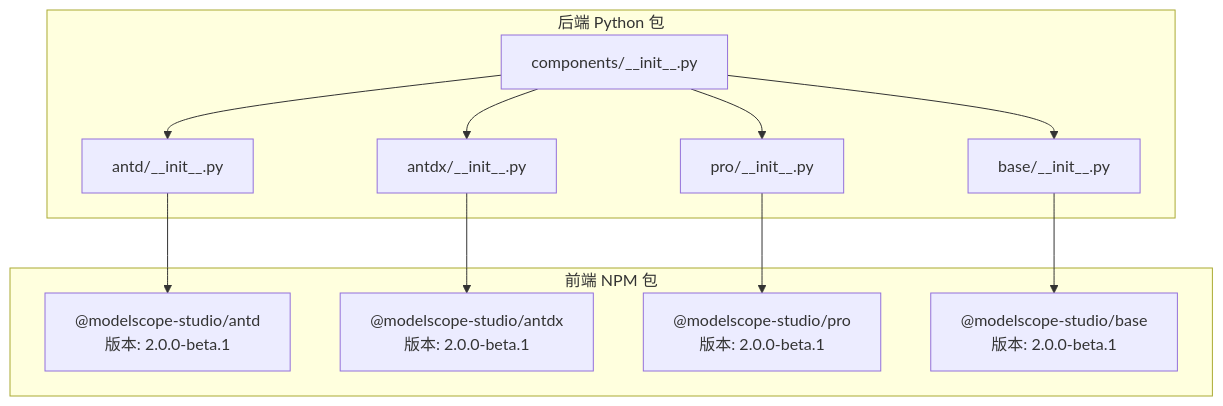
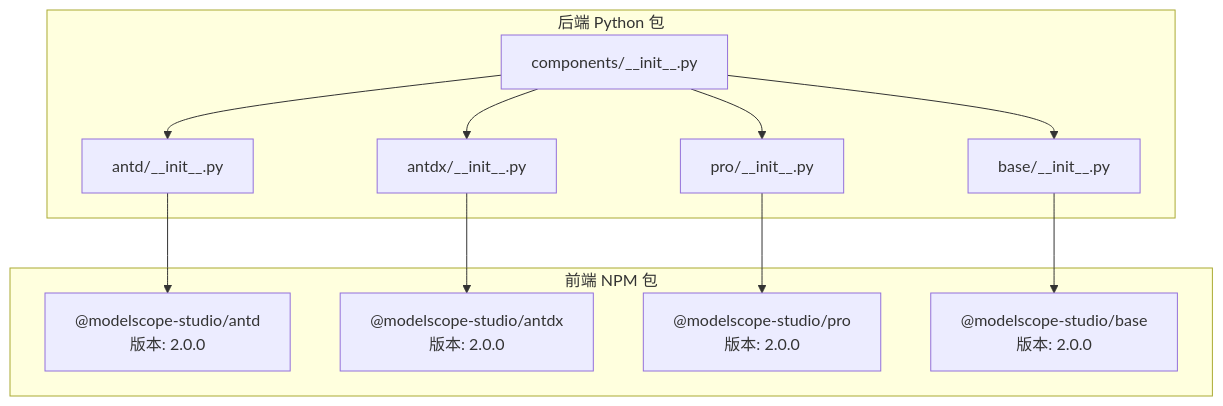
One commit to modelscope/modelscope-studio changed the first of 6 diagrams in .wiki/zh/Ant Design X 组件库/组件概览.md. Above: the diagram before and after it, drawn with Mermaid. The commit also changed other lines of this file and 19 other files, not shown here.

````diff
--- a/.wiki/zh/Ant Design X 组件库/组件概览.md
+++ b/.wiki/zh/Ant Design X 组件库/组件概览.md
@@ -59,24 +59,24 @@
 ```mermaid
 graph TB
 subgraph "后端 Python 包"
 A_init["components/__init__.py"]
 A_antd["antd/__init__.py"]
 A_antdx["antdx/__init__.py"]
 A_pro["pro/__init__.py"]
 A_base["base/__init__.py"]
 end
 subgraph "前端 NPM 包"
-F_antd["@modelscope-studio/antd<br/>版本: 2.0.0-beta.1"]
-F_antdx["@modelscope-studio/antdx<br/>版本: 2.0.0-beta.1"]
-F_pro["@modelscope-studio/pro<br/>版本: 2.0.0-beta.1"]
-F_base["@modelscope-studio/base<br/>版本: 2.0.0-beta.1"]
+F_antd["@modelscope-studio/antd<br/>版本: 2.0.0"]
+F_antdx["@modelscope-studio/antdx<br/>版本: 2.0.0"]
+F_pro["@modelscope-studio/pro<br/>版本: 2.0.0"]
+F_base["@modelscope-studio/base<br/>版本: 2.0.0"]
 end
 A_init --> A_antd
 A_init --> A_antdx
 A_init --> A_pro
 A_init --> A_base
 A_antd --> F_antd
 A_antdx --> F_antdx
 A_pro --> F_pro
 A_base --> F_base
 ```
````
